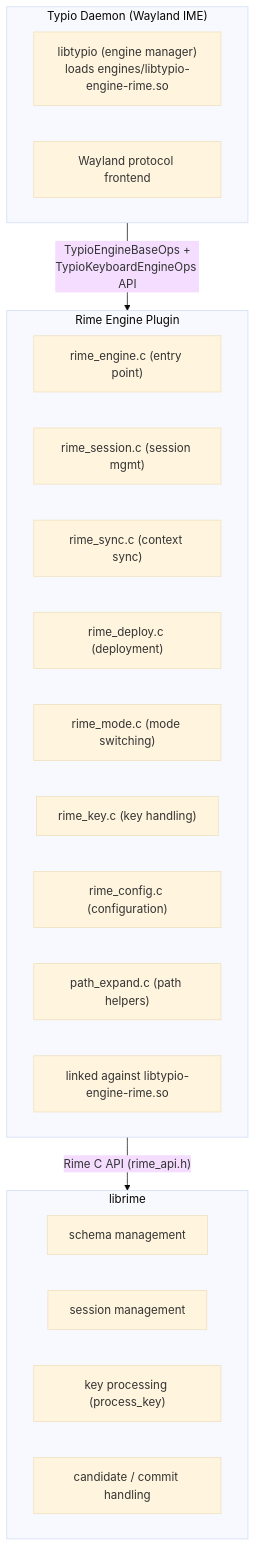
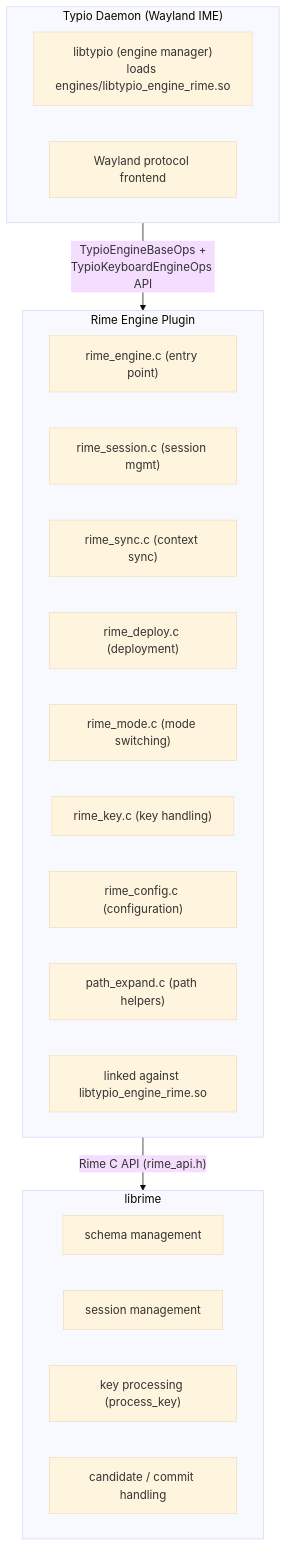
The diagram in docs/explanation/librime-integration.md (typio-ime/typio-engine-rime), drawn with Mermaid (base theme) before and after one commit. The commit also changed other lines of this file and 7 other files, not shown here.

Commit message:
refactor: rename shared library to libtypio_engine_rime, simplify dev setup docs

````diff
--- a/docs/explanation/librime-integration.md
+++ b/docs/explanation/librime-integration.md
@@ -11,27 +11,27 @@
 ```mermaid
 flowchart TD
     subgraph Daemon["Typio Daemon (Wayland IME)"]
-        Core["libtypio (engine manager)<br/>loads engines/libtypio-engine-rime.so"]
+        Core["libtypio (engine manager)<br/>loads engines/libtypio_engine_rime.so"]
         Front[Wayland protocol frontend]
     end
     subgraph Plugin["Rime Engine Plugin"]
         Entry["rime_engine.c (entry point)"]
         Session["rime_session.c (session mgmt)"]
         Sync["rime_sync.c (context sync)"]
         Deploy["rime_deploy.c (deployment)"]
         Mode["rime_mode.c (mode switching)"]
         Key["rime_key.c (key handling)"]
         Config["rime_config.c (configuration)"]
         Path["path_expand.c (path helpers)"]
-        Lib["linked against libtypio-engine-rime.so"]
+        Lib["linked against libtypio_engine_rime.so"]
     end
     subgraph Librime["librime"]
         Schema[schema management]
         SMgr[session management]
         PK["key processing (process_key)"]
         Cand[candidate / commit handling]
     end
 
     Daemon -->|"TypioEngineBaseOps +<br/>TypioKeyboardEngineOps API"| Plugin
     Plugin -->|"Rime C API (rime_api.h)"| Librime
 ```
````
